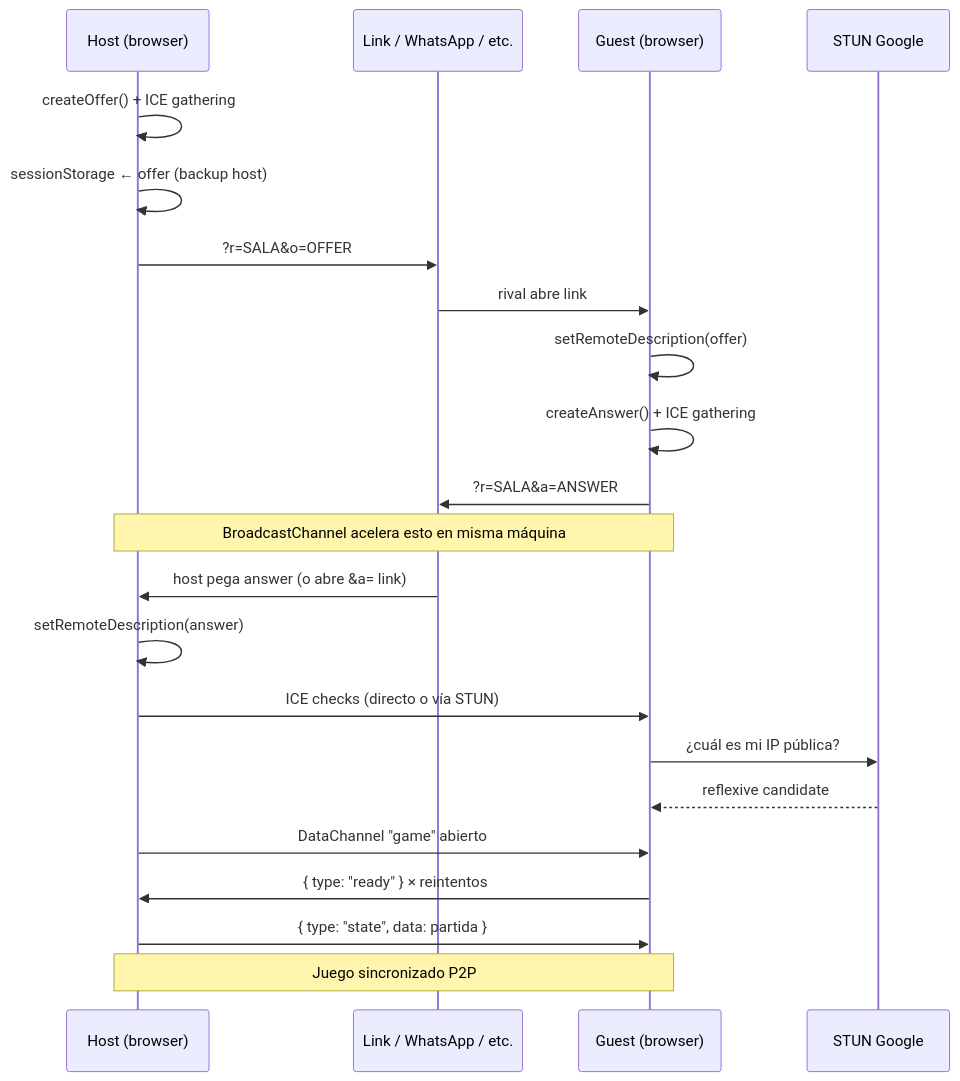
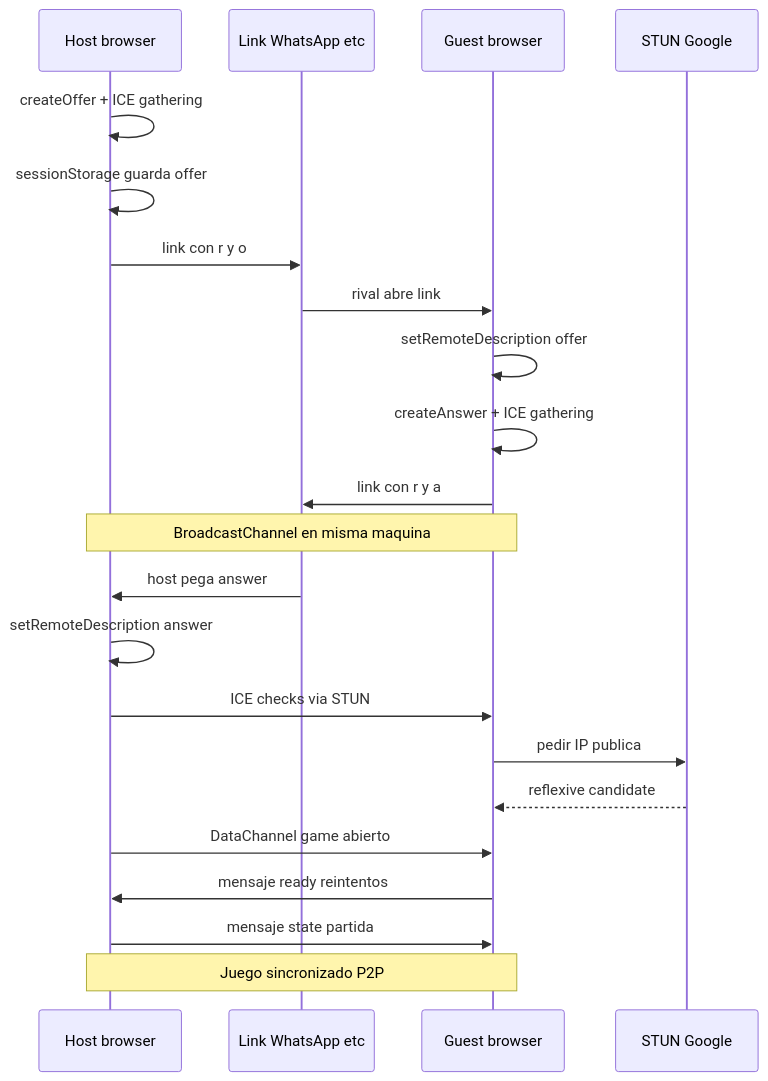
Before and after one commit to dfralan/truqui: the first of 2 diagrams in README.md, drawn with Mermaid. The commit also changed other lines of this file and 96 other files, not shown here.

````diff
--- a/README.md
+++ b/README.md
@@ -80,25 +80,25 @@
 ```mermaid
 sequenceDiagram
-    participant H as Host (browser)
-    participant L as Link / WhatsApp / etc.
-    participant G as Guest (browser)
+    participant H as Host browser
+    participant L as Link WhatsApp etc
+    participant G as Guest browser
     participant S as STUN Google
 
-    H->>H: createOffer() + ICE gathering
-    H->>H: sessionStorage ← offer (backup host)
-    H->>L: ?r=SALA&o=OFFER
+    H->>H: createOffer + ICE gathering
+    H->>H: sessionStorage guarda offer
+    H->>L: link con r y o
     L->>G: rival abre link
-    G->>G: setRemoteDescription(offer)
-    G->>G: createAnswer() + ICE gathering
-    G->>L: ?r=SALA&a=ANSWER
-    Note over G,H: BroadcastChannel acelera esto en misma máquina
-    L->>H: host pega answer (o abre &a= link)
-    H->>H: setRemoteDescription(answer)
-    H->>G: ICE checks (directo o vía STUN)
-    G->>S: ¿cuál es mi IP pública?
+    G->>G: setRemoteDescription offer
+    G->>G: createAnswer + ICE gathering
+    G->>L: link con r y a
+    Note over G,H: BroadcastChannel en misma maquina
+    L->>H: host pega answer
+    H->>H: setRemoteDescription answer
+    H->>G: ICE checks via STUN
+    G->>S: pedir IP publica
     S-->>G: reflexive candidate
-    H->>G: DataChannel "game" abierto
-    G->>H: { type: "ready" } × reintentos
-    H->>G: { type: "state", data: partida }
+    H->>G: DataChannel game abierto
+    G->>H: mensaje ready reintentos
+    H->>G: mensaje state partida
     Note over H,G: Juego sincronizado P2P
 ```
````
